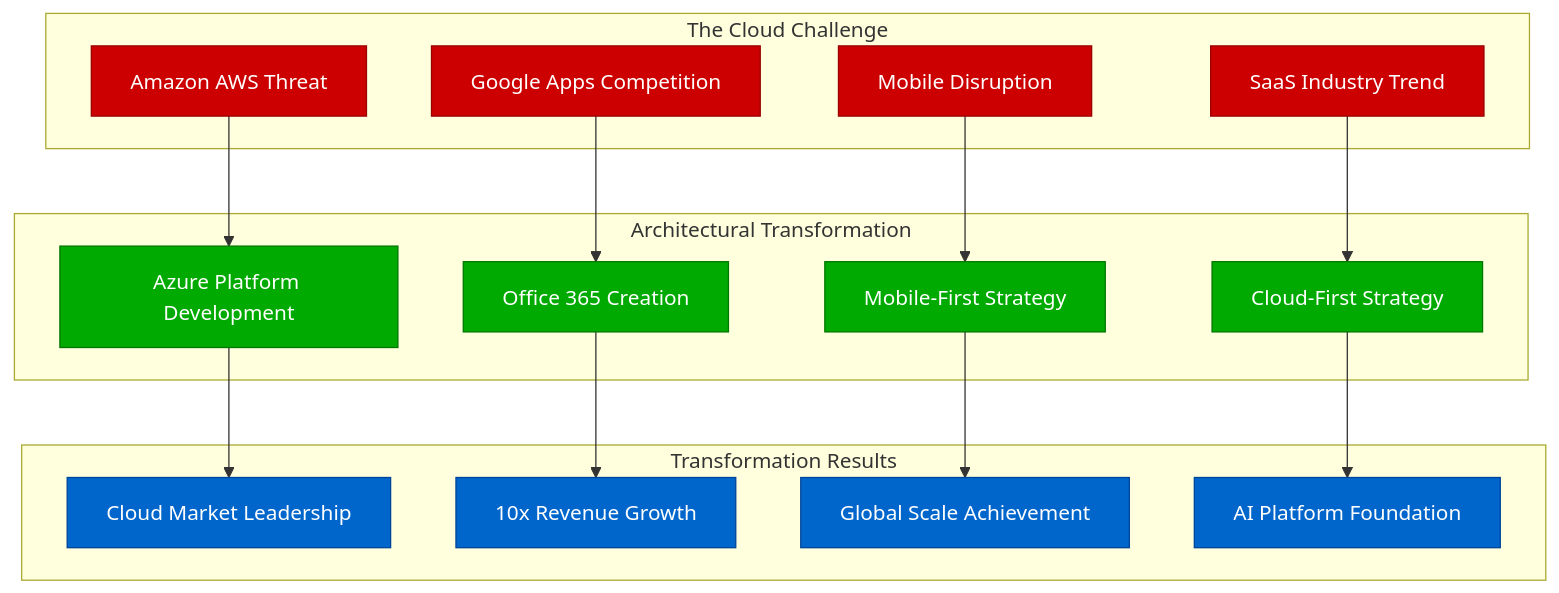
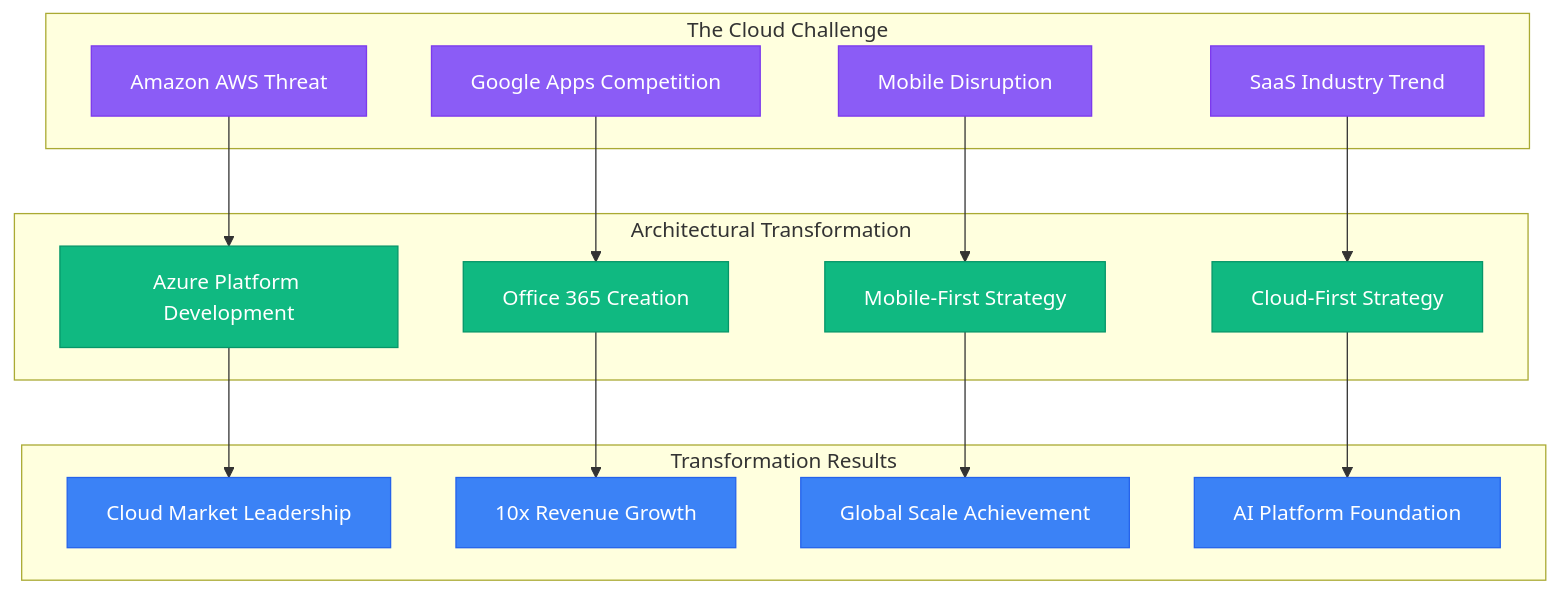
One commit to deepaucksharma/DS changed the tenth of 12 diagrams in site/docs/systems/microsoft/scale-evolution.md. Above: the diagram before and after it, drawn with Mermaid. The commit also changed other lines of this file and 303 other files, not shown here.

````diff
--- a/site/docs/systems/microsoft/scale-evolution.md
+++ b/site/docs/systems/microsoft/scale-evolution.md
@@ -466,41 +466,41 @@
 ```mermaid
 graph TB
     subgraph Problem[The Cloud Challenge]
         AMAZON_THREAT[Amazon AWS Threat]
         GOOGLE_COMPETITION[Google Apps Competition]
         MOBILE_DISRUPTION[Mobile Disruption]
         SAAS_TREND[SaaS Industry Trend]
     end
 
     subgraph Transformation[Architectural Transformation]
         AZURE_DEVELOPMENT[Azure Platform Development]
         OFFICE365_CREATION[Office 365 Creation]
         MOBILE_FIRST[Mobile-First Strategy]
         CLOUD_FIRST[Cloud-First Strategy]
     end
 
     subgraph Results[Transformation Results]
         MARKET_LEADERSHIP[Cloud Market Leadership]
         REVENUE_GROWTH[10x Revenue Growth]
         GLOBAL_SCALE[Global Scale Achievement]
         AI_PLATFORM[AI Platform Foundation]
     end
 
     AMAZON_THREAT --> AZURE_DEVELOPMENT
     GOOGLE_COMPETITION --> OFFICE365_CREATION
     MOBILE_DISRUPTION --> MOBILE_FIRST
     SAAS_TREND --> CLOUD_FIRST
 
     AZURE_DEVELOPMENT --> MARKET_LEADERSHIP
     OFFICE365_CREATION --> REVENUE_GROWTH
     MOBILE_FIRST --> GLOBAL_SCALE
     CLOUD_FIRST --> AI_PLATFORM
 
-    classDef problemStyle fill:#CC0000,stroke:#990000,color:#fff
-    classDef transformationStyle fill:#00AA00,stroke:#007700,color:#fff
-    classDef resultStyle fill:#0066CC,stroke:#004499,color:#fff
+    classDef problemStyle fill:#8B5CF6,stroke:#7C3AED,color:#fff
+    classDef transformationStyle fill:#10B981,stroke:#059669,color:#fff
+    classDef resultStyle fill:#3B82F6,stroke:#2563EB,color:#fff
 
     class AMAZON_THREAT,GOOGLE_COMPETITION,MOBILE_DISRUPTION,SAAS_TREND problemStyle
     class AZURE_DEVELOPMENT,OFFICE365_CREATION,MOBILE_FIRST,CLOUD_FIRST transformationStyle
     class MARKET_LEADERSHIP,REVENUE_GROWTH,GLOBAL_SCALE,AI_PLATFORM resultStyle
 ```
````
